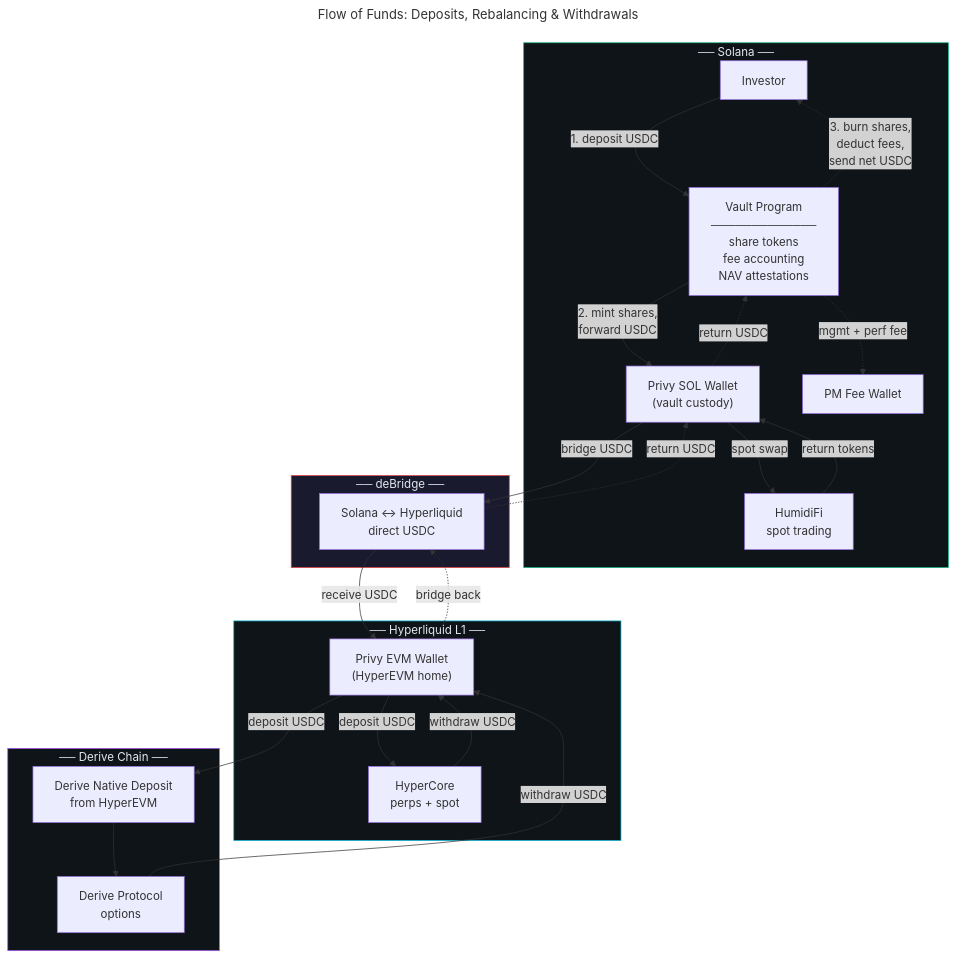
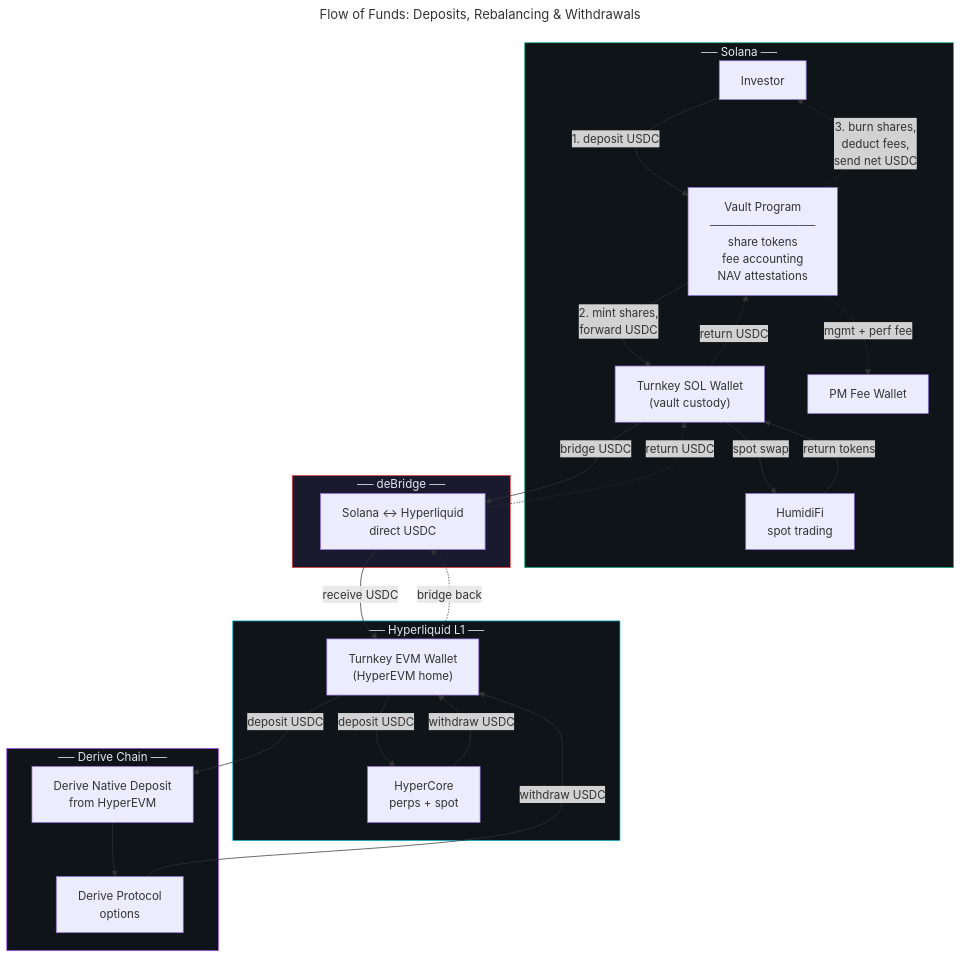
One commit to dataclique/moneymentum changed the second of 2 diagrams in SPEC.md. Above: the diagram before and after it, drawn with Mermaid. The commit also changed other lines of this file, not shown here.

Commit message:
replace Privy with Turnkey for TEE-secured signing

````diff
--- a/SPEC.md
+++ b/SPEC.md
@@ -133,60 +145,60 @@
 ```mermaid
 ---
 title: "Flow of Funds: Deposits, Rebalancing & Withdrawals"
 ---
 graph TB
     subgraph Solana["── Solana ──"]
         Investor["Investor"]
         Vault["Vault Program<br/>─────────────<br/>share tokens<br/>fee accounting<br/>NAV attestations"]
-        SOLWallet["Privy SOL Wallet<br/>(vault custody)"]
+        SOLWallet["Turnkey SOL Wallet<br/>(vault custody)"]
         HumidiFi["HumidiFi<br/>spot trading"]
         PMFee["PM Fee Wallet"]
 
         Investor -- "1. deposit USDC" --> Vault
         Vault -- "2. mint shares,<br/>forward USDC" --> SOLWallet
         SOLWallet -- "spot swap" --> HumidiFi
         HumidiFi -- "return tokens" --> SOLWallet
 
         %% Withdrawal return
         SOLWallet -. "return USDC" .-> Vault
         Vault -. "3. burn shares,<br/>deduct fees,<br/>send net USDC" .-> Investor
         Vault -. "mgmt + perf fee" .-> PMFee
     end
 
     subgraph Bridge["── deBridge ──"]
         deBridge["Solana ↔ Hyperliquid<br/>direct USDC"]
     end
 
     subgraph Hyperliquid["── Hyperliquid L1 ──"]
-        EVMWallet["Privy EVM Wallet<br/>(HyperEVM home)"]
+        EVMWallet["Turnkey EVM Wallet<br/>(HyperEVM home)"]
         HyperCore["HyperCore<br/>perps + spot"]
 
         EVMWallet -- "deposit USDC" --> HyperCore
         HyperCore -- "withdraw USDC" --> EVMWallet
     end
 
     subgraph DeriveChain["── Derive Chain ──"]
         DeriveDeposit["Derive Native Deposit<br/>from HyperEVM"]
         DeriveProtocol["Derive Protocol<br/>options"]
 
         DeriveDeposit --> DeriveProtocol
     end
 
     %% Cross-chain: Solana to Hyperliquid
     SOLWallet -- "bridge USDC" --> deBridge
     deBridge -- "receive USDC" --> EVMWallet
 
     %% Cross-chain: Hyperliquid to Derive
     EVMWallet -- "deposit USDC" --> DeriveDeposit
     DeriveProtocol -- "withdraw USDC" --> EVMWallet
 
     %% Withdrawal: bridge back
     EVMWallet -. "bridge back" .-> deBridge
     deBridge -. "return USDC" .-> SOLWallet
 
     %% Styles
     style Solana fill:#0f1419,stroke:#10b981,color:#e2e8f0
     style Hyperliquid fill:#0f1419,stroke:#06b6d4,color:#e2e8f0
     style DeriveChain fill:#0f1419,stroke:#a855f7,color:#e2e8f0
     style Bridge fill:#1a1a2e,stroke:#ef4444,color:#e2e8f0
 ```
````
